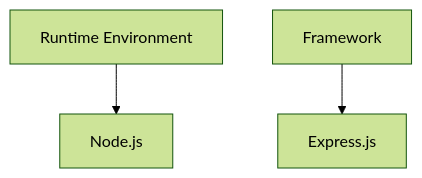
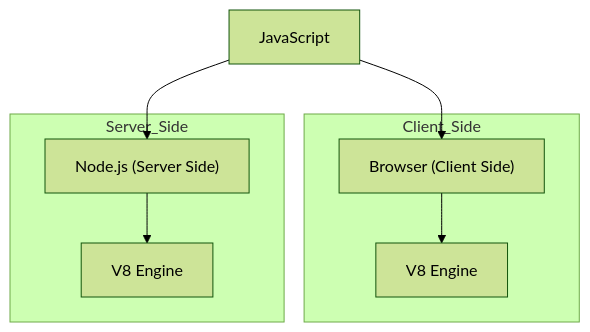
Before and after one commit to Sai-Krishna1001/Javascript-Interview: the third of 6 diagrams in node-js/node-js-interview/nodejs-basics.md, drawn with Mermaid (forest theme). The commit also changed other lines of this file, not shown here.

````diff
--- a/node-js/node-js-interview/nodejs-basics.md
+++ b/node-js/node-js-interview/nodejs-basics.md
@@ -39,10 +61,20 @@
 ```mermaid
 graph TD;
-    A[Runtime Environment]
-    B[Framework]
-    C[Node.js]
-    D[Express.js]
+    subgraph Client_Side
+        A["Browser (Client Side)"]
+        B[JavaScript Engine]
+    end
+    
+    subgraph Server_Side
+        C["Node.js (Server Side)"]
+        D[JavaScript Engine]
+    end
+    
+    JS[JavaScript]
+    
+    A --> B[V8 Engine]
+    C --> D[V8 Engine]
+    JS --> A
+    JS --> C
 
-    A --> C
-    B --> D
 ```
````
